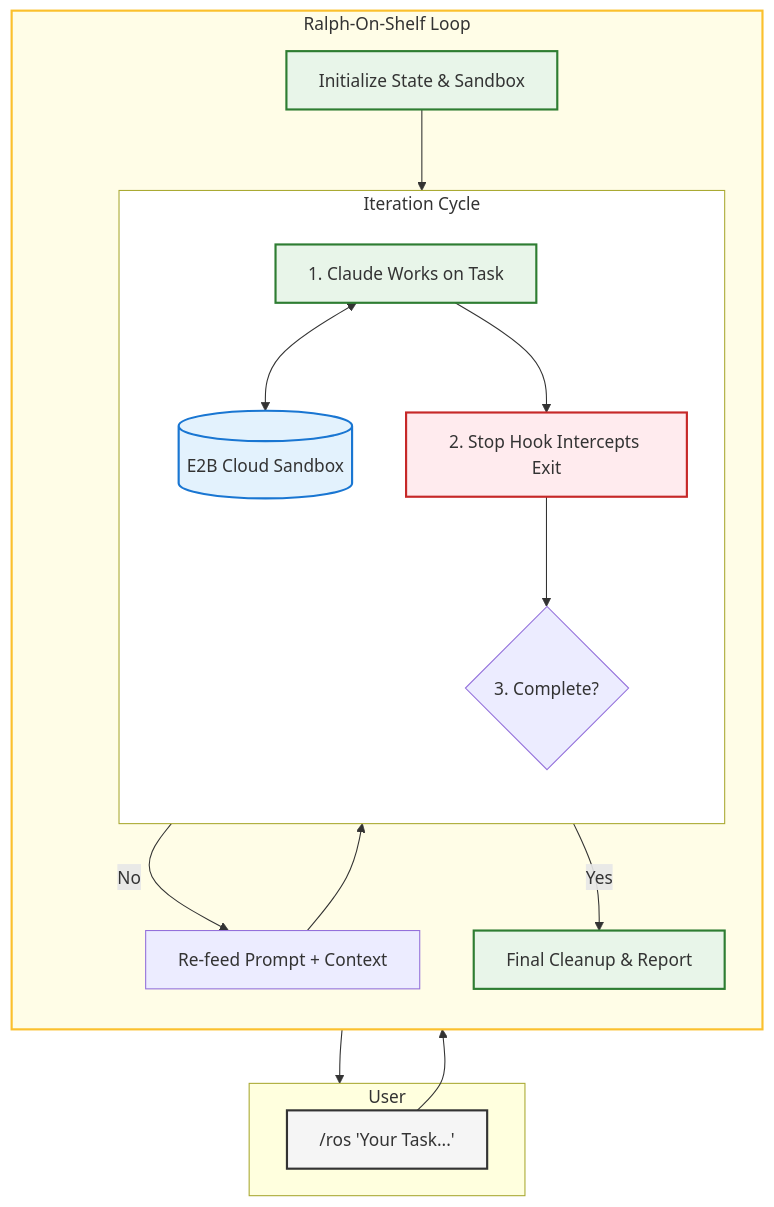
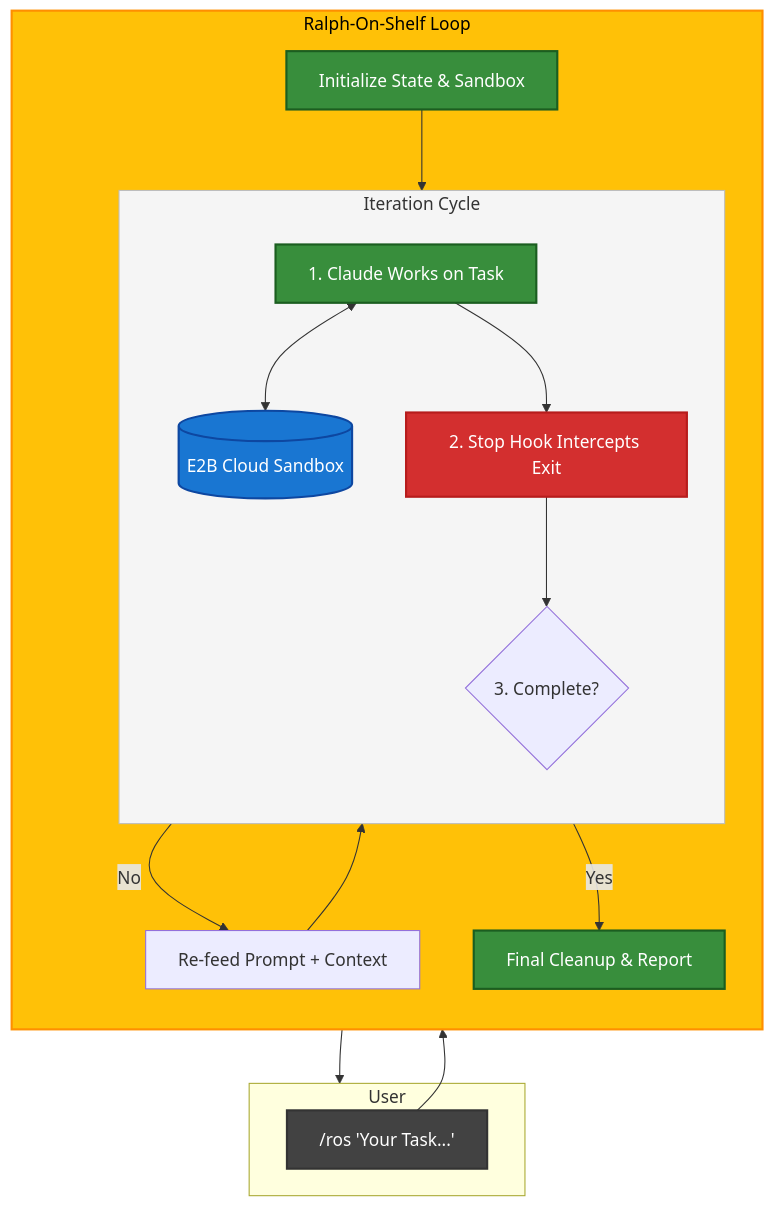
The diagram in README.md (HarleyCoops/RalphOnAShelf), drawn with Mermaid before and after one commit. The commit also changed 1 other file, not shown here.

Commit message:
quick push

````diff
--- a/README.md
+++ b/README.md
@@ -40,48 +40,48 @@
 ```mermaid
 flowchart TD
     subgraph UserInteraction [User]
         Input["/ros 'Your Task...'"]
     end
 
     subgraph ROSLoop [Ralph-On-Shelf Loop]
         direction TB
         Init["Initialize State & Sandbox"]
         
         subgraph Cycle [Iteration Cycle]
             direction TB
             Work["1. Claude Works on Task"]
             Sandbox[("E2B Cloud Sandbox")]
             Hook["2. Stop Hook Intercepts Exit"]
             Check{"3. Complete?"}
             
             Work <--> Sandbox
             Work --> Hook
             Hook --> Check
         end
 
         Iterate["Re-feed Prompt + Context"]
         Done["Final Cleanup & Report"]
 
         Init --> Work
         Check -- No --> Iterate
         Iterate --> Work
         Check -- Yes --> Done
     end
 
     Input --> Init
     Done --> UserInteraction
 
-    classDef user fill:#f5f5f5,stroke:#333,stroke-width:2px;
-    classDef loop fill:#fffde7,stroke:#fbc02d,stroke-width:2px;
-    classDef sandbox fill:#e3f2fd,stroke:#1976d2,stroke-width:2px;
-    classDef action fill:#e8f5e9,stroke:#2e7d32,stroke-width:2px;
-    classDef hook fill:#ffebee,stroke:#c62828,stroke-width:2px;
-    classDef cycle fill:#fff;
+    classDef user fill:#424242,stroke:#333,stroke-width:2px,color:#fff;
+    classDef loop fill:#ffc107,stroke:#ff8f00,stroke-width:2px,color:#000;
+    classDef sandbox fill:#1976d2,stroke:#0d47a1,stroke-width:2px,color:#fff;
+    classDef action fill:#388e3c,stroke:#1b5e20,stroke-width:2px,color:#fff;
+    classDef hook fill:#d32f2f,stroke:#b71c1c,stroke-width:2px,color:#fff;
+    classDef cycle fill:#f5f5f5,stroke:#bdbdbd,stroke-width:1px;
 
     class Input user;
     class Init,Work,Done action;
     class Hook hook;
     class ROSLoop loop;
     class Sandbox sandbox;
     class Cycle cycle;
 ```
````
